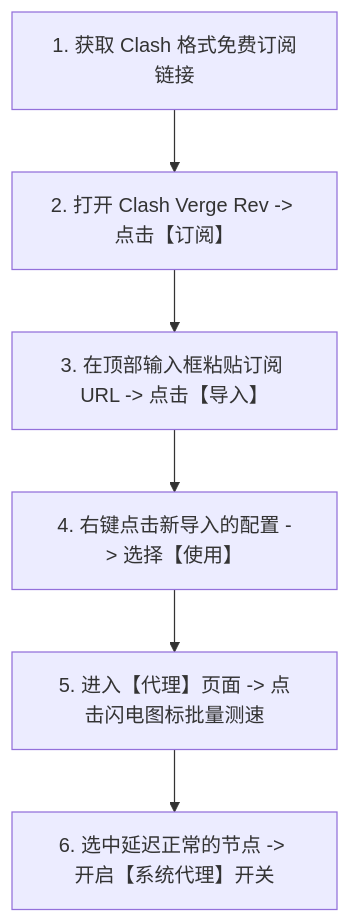
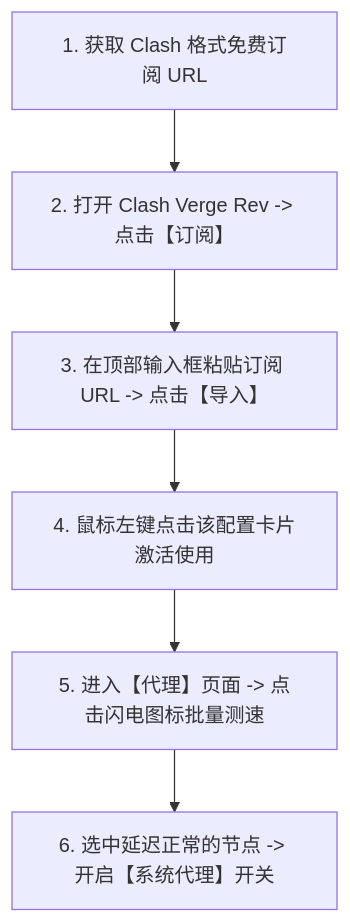
One commit to qweqwe98698-tech/jichangmianfei.my changed the diagram in docs/free-node/clash.md. Above: the diagram before and after it, drawn with Mermaid. The commit also changed other lines of this file and 60 other files, not shown here.

Commit message:
feat(seo): 升级42家机场品牌全景评测大榜单、18篇测速长图深度评测、配置IndexNow并修复商业外链nofollow合规

````diff
--- a/docs/free-node/clash.md
+++ b/docs/free-node/clash.md
@@ -46,8 +80,8 @@
 ```mermaid
 graph TD
-    Step1[1. 获取 Clash 格式免费订阅链接] --> Step2[2. 打开 Clash Verge Rev -> 点击【订阅】]
+    Step1[1. 获取 Clash 格式免费订阅 URL] --> Step2[2. 打开 Clash Verge Rev -> 点击【订阅】]
     Step2 --> Step3[3. 在顶部输入框粘贴订阅 URL -> 点击【导入】]
-    Step3 --> Step4[4. 右键点击新导入的配置 -> 选择【使用】]
+    Step3 --> Step4[4. 鼠标左键点击该配置卡片激活使用]
     Step4 --> Step5[5. 进入【代理】页面 -> 点击闪电图标批量测速]
     Step5 --> Step6[6. 选中延迟正常的节点 -> 开启【系统代理】开关]
 ```
````
